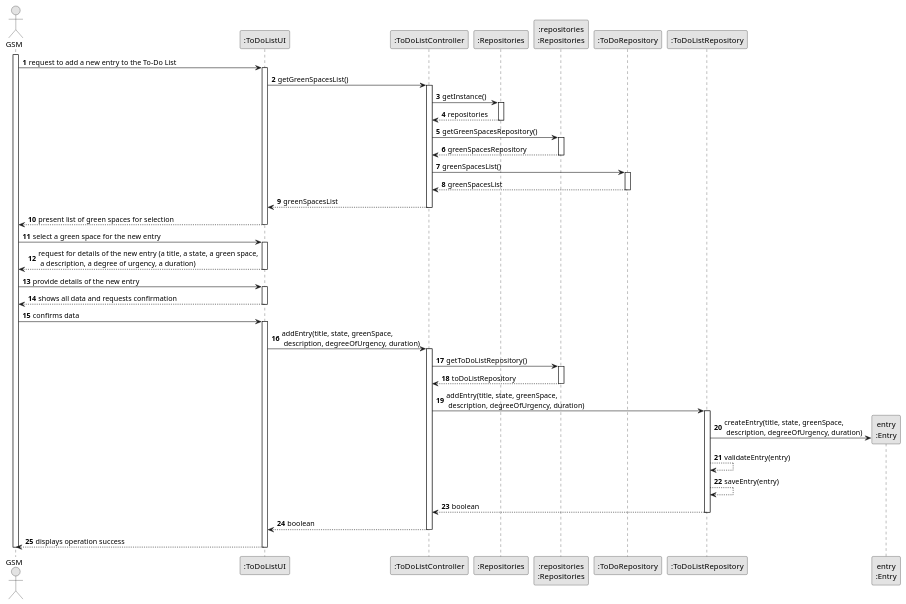
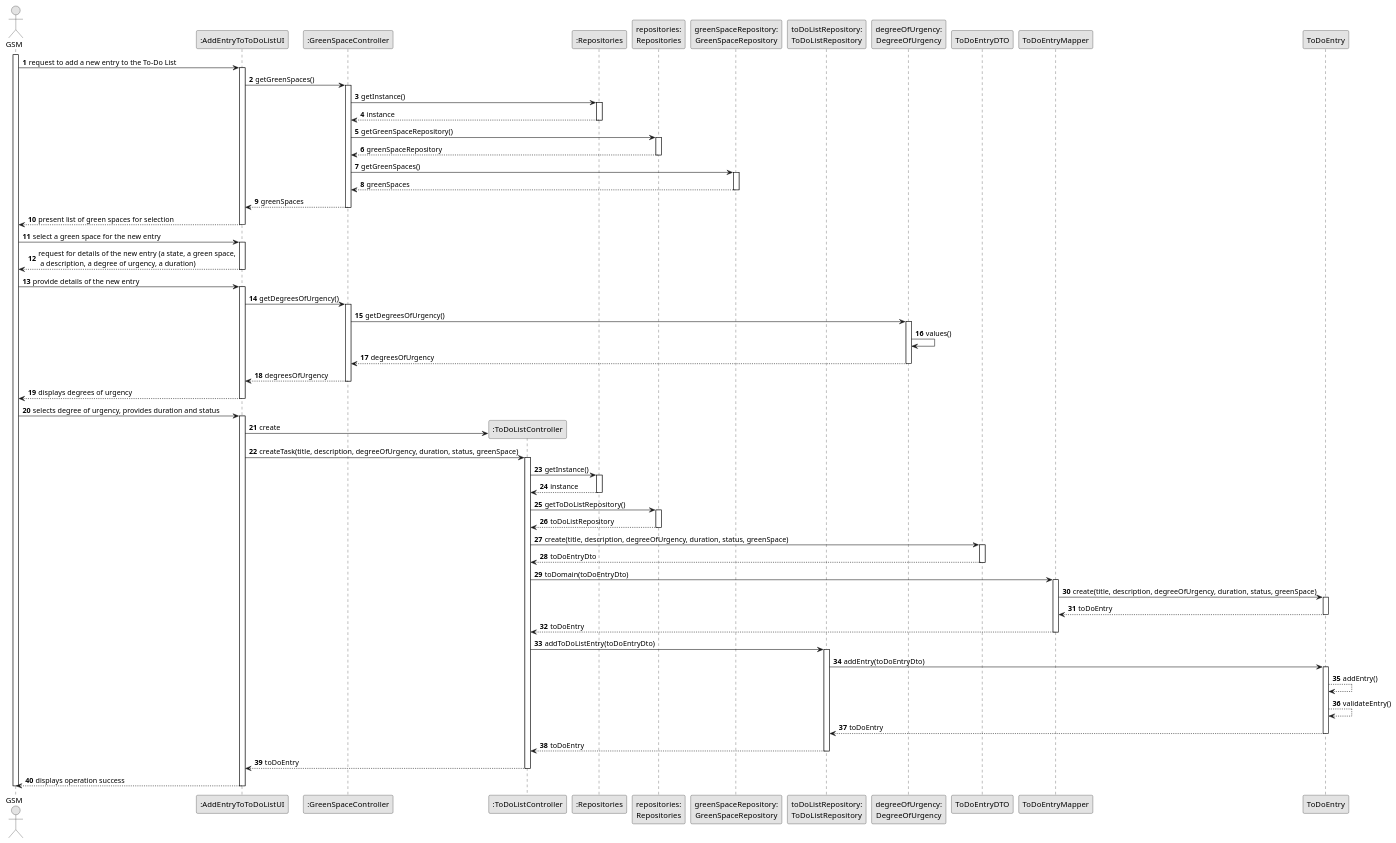
Before and after one commit to rpedros02/lei-24-s2-1DL-g08: the diagram in docs/sprintC/us021/03.design/puml/us021-sequence-diagram-full.puml, drawn with PlantUML. The commit also changed 12 other files, not shown here.

```diff
--- a/docs/sprintC/us021/03.design/puml/us021-sequence-diagram-full.puml
+++ b/docs/sprintC/us021/03.design/puml/us021-sequence-diagram-full.puml
@@ -1,92 +1,132 @@
 @startuml
 skinparam monochrome true
 skinparam packageStyle rectangle
 skinparam shadowing false
 
 autonumber
 
-'hide footbox
-actor "GSM" as ADM
-participant ":ToDoListUI" as UI
-participant ":ToDoListController" as CTRL
-participant ":Repositories" as RepositorySingleton
-participant ":repositories\n:Repositories" as PLAT
+actor "GSM" as GSM
+participant ":AddEntryToToDoListUI" as UI
+participant ":GreenSpaceController" as GreenSpaceController
+participant ":ToDoListController" as ToDoListController
+participant ":Repositories" as Repositories
+participant "repositories:\nRepositories" as RepositoriesInstance
+participant "greenSpaceRepository:\nGreenSpaceRepository" as GreenSpaceRepository
+participant "toDoListRepository:\nToDoListRepository" as ToDoListRepository
+participant "degreeOfUrgency:\nDegreeOfUrgency" as DegreeOfUrgencyRepository
 
-participant ":ToDoRepository" as DOUR
-participant ":ToDoListRepository" as TDR
-participant "entry\n:Entry" as TASK
+activate GSM
 
-activate ADM
-
-    ADM -> UI : request to add a new entry to the To-Do List
+    GSM -> UI : request to add a new entry to the To-Do List
     activate UI
 
-        UI -> CTRL : getGreenSpacesList()
-        activate CTRL
+        UI -> GreenSpaceController : getGreenSpaces()
+        activate GreenSpaceController
 
-            CTRL -> RepositorySingleton : getInstance()
-            activate RepositorySingleton
+            GreenSpaceController -> Repositories : getInstance()
+            activate Repositories
 
-                RepositorySingleton --> CTRL : repositories
-            deactivate RepositorySingleton
+                Repositories --> GreenSpaceController : instance
+            deactivate Repositories
 
-            CTRL -> PLAT : getGreenSpacesRepository()
-            activate PLAT
+            GreenSpaceController -> RepositoriesInstance : getGreenSpaceRepository()
+            activate RepositoriesInstance
 
-                PLAT --> CTRL : greenSpacesRepository
-            deactivate PLAT
+                RepositoriesInstance --> GreenSpaceController : greenSpaceRepository
+            deactivate RepositoriesInstance
 
-            CTRL -> DOUR : greenSpacesList()
-            activate DOUR
+            GreenSpaceController -> GreenSpaceRepository : getGreenSpaces()
+            activate GreenSpaceRepository
 
-                DOUR --> CTRL : greenSpacesList
-            deactivate DOUR
+                GreenSpaceRepository --> GreenSpaceController : greenSpaces
+            deactivate GreenSpaceRepository
 
-            CTRL --> UI : greenSpacesList
-        deactivate CTRL
+            GreenSpaceController --> UI : greenSpaces
+        deactivate GreenSpaceController
 
-        UI --> ADM : present list of green spaces for selection
+        UI --> GSM : present list of green spaces for selection
     deactivate UI
 
-    ADM -> UI : select a green space for the new entry
+    GSM -> UI : select a green space for the new entry
+    activate UI
+        UI --> GSM : request for details of the new entry (a state, a green space,\n a description, a degree of urgency, a duration)
+    deactivate UI
+    GSM -> UI : provide details of the new entry
     activate UI
 
-        UI --> ADM : request for details of the new entry (a title, a state, a green space,\n a description, a degree of urgency, a duration)
+        UI -> GreenSpaceController : getDegreesOfUrgency()
+        activate GreenSpaceController
+
+            GreenSpaceController -> DegreeOfUrgencyRepository : getDegreesOfUrgency()
+            activate DegreeOfUrgencyRepository
+
+                DegreeOfUrgencyRepository -> DegreeOfUrgencyRepository : values()
+
+
+                DegreeOfUrgencyRepository --> GreenSpaceController : degreesOfUrgency
+            deactivate DegreeOfUrgencyRepository
+
+            GreenSpaceController --> UI : degreesOfUrgency
+        deactivate GreenSpaceController
+
+        UI --> GSM : displays degrees of urgency
     deactivate UI
 
-    ADM -> UI : provide details of the new entry
+    GSM -> UI : selects degree of urgency, provides duration and status
     activate UI
 
-        UI --> ADM : shows all data and requests confirmation
+        UI -> ToDoListController** : create
+        UI -> ToDoListController : createTask(title, description, degreeOfUrgency, duration, status, greenSpace)
+        activate ToDoListController
+
+            ToDoListController -> Repositories : getInstance()
+            activate Repositories
+
+                Repositories --> ToDoListController : instance
+            deactivate Repositories
+
+            ToDoListController -> RepositoriesInstance : getToDoListRepository()
+            activate RepositoriesInstance
+
+                RepositoriesInstance --> ToDoListController : toDoListRepository
+            deactivate RepositoriesInstance
+
+               ToDoListController -> ToDoEntryDTO : create(title, description, degreeOfUrgency, duration, status, greenSpace)
+               activate ToDoEntryDTO
+
+               ToDoEntryDTO --> ToDoListController : toDoEntryDto
+                deactivate ToDoEntryDTO
+
+                ToDoListController -> ToDoEntryMapper: toDomain(toDoEntryDto)
+                activate ToDoEntryMapper
+
+                ToDoEntryMapper -> ToDoEntry : create(title, description, degreeOfUrgency, duration, status, greenSpace)
+                activate ToDoEntry
+
+                ToDoEntry --> ToDoEntryMapper : toDoEntry
+                deactivate ToDoEntry
+
+                ToDoEntryMapper --> ToDoListController : toDoEntry
+                deactivate ToDoEntryMapper
+
+
+
+            ToDoListController -> ToDoListRepository : addToDoListEntry(toDoEntryDto)
+            activate ToDoListRepository
+            ToDoListRepository -> ToDoEntry : addEntry(toDoEntryDto)
+                            activate ToDoEntry
+                            ToDoEntry --> ToDoEntry : addEntry()
+                            ToDoEntry --> ToDoEntry : validateEntry()
+
+                                ToDoEntry --> ToDoListRepository : toDoEntry
+                            deactivate ToDoEntry
+                ToDoListRepository --> ToDoListController : toDoEntry
+            deactivate ToDoListRepository
+
+            ToDoListController --> UI : toDoEntry
+        deactivate ToDoListController
+
+        UI --> GSM : displays operation success
     deactivate UI
-
-    ADM -> UI : confirms data
-    activate UI
-
-        UI -> CTRL : addEntry(title, state, greenSpace,\n description, degreeOfUrgency, duration)
-        activate CTRL
-
-            CTRL -> PLAT : getToDoListRepository()
-            activate PLAT
-
-                PLAT --> CTRL : toDoListRepository
-            deactivate PLAT
-
-            CTRL -> TDR : addEntry(title, state, greenSpace,\n description, degreeOfUrgency, duration)
-            activate TDR
-
-                TDR -> TASK** : createEntry(title, state, greenSpace,\n description, degreeOfUrgency, duration)
-                TDR --> TDR : validateEntry(entry)
-                TDR --> TDR : saveEntry(entry)
-                TDR --> CTRL : boolean
-            deactivate TDR
-
-            CTRL --> UI : boolean
-        deactivate CTRL
-
-        UI --> ADM : displays operation success
-    deactivate UI
-
-deactivate ADM
-
+    deactivate GSM
 @enduml
```
